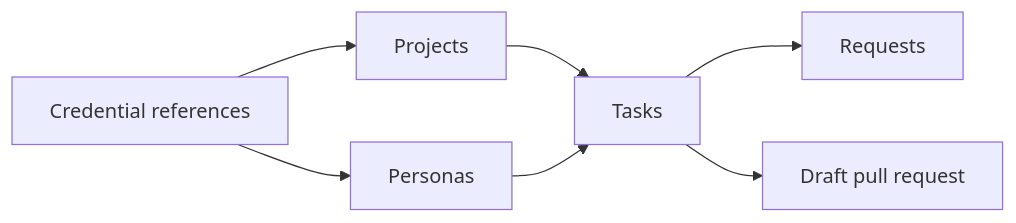
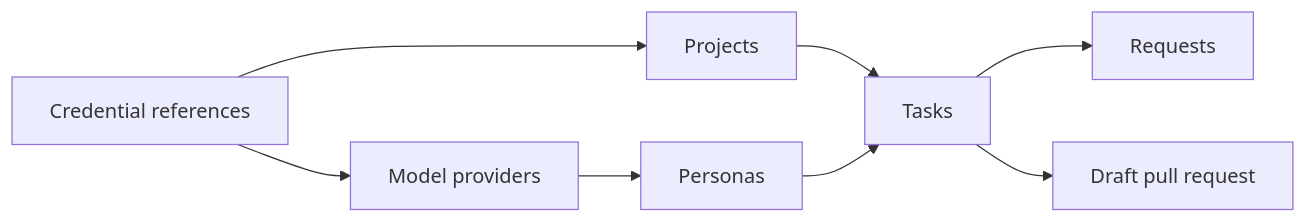
The diagram in docs/content/using/_index.md (prskr/dark-factory), drawn with Mermaid before and after one commit. The commit also changed other lines of this file and 196 other files, not shown here.

First line of the commit message:
feat(gateway): inference endpoint with model providers and gateway usage

````diff
--- a/docs/content/using/_index.md
+++ b/docs/content/using/_index.md
@@ -11,9 +11,10 @@
 ```mermaid
 flowchart LR
   C[Credential references] --> P[Projects]
-  C --> PE[Personas]
+  C --> MP[Model providers]
+  MP --> PE[Personas]
   P --> T[Tasks]
   PE --> T
   T --> R[Requests]
   T --> PR[Draft pull request]
 ```
````
